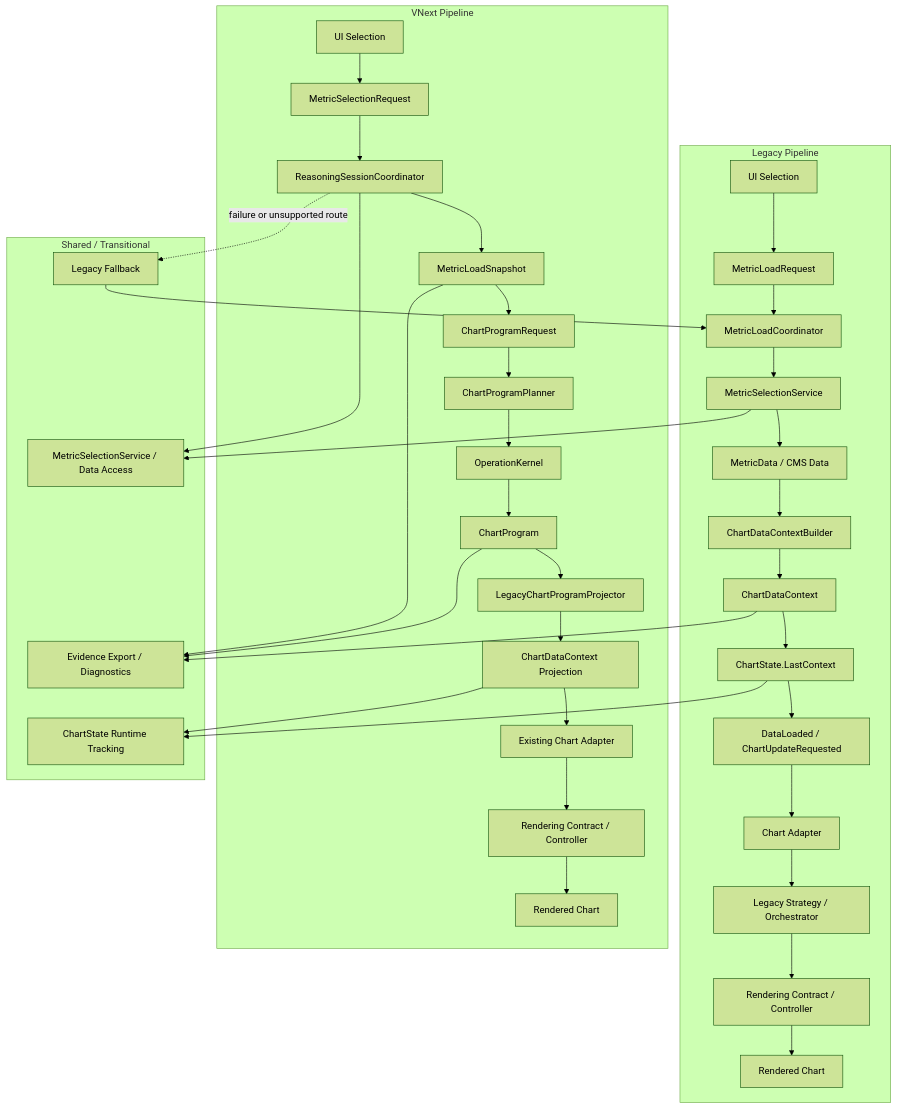
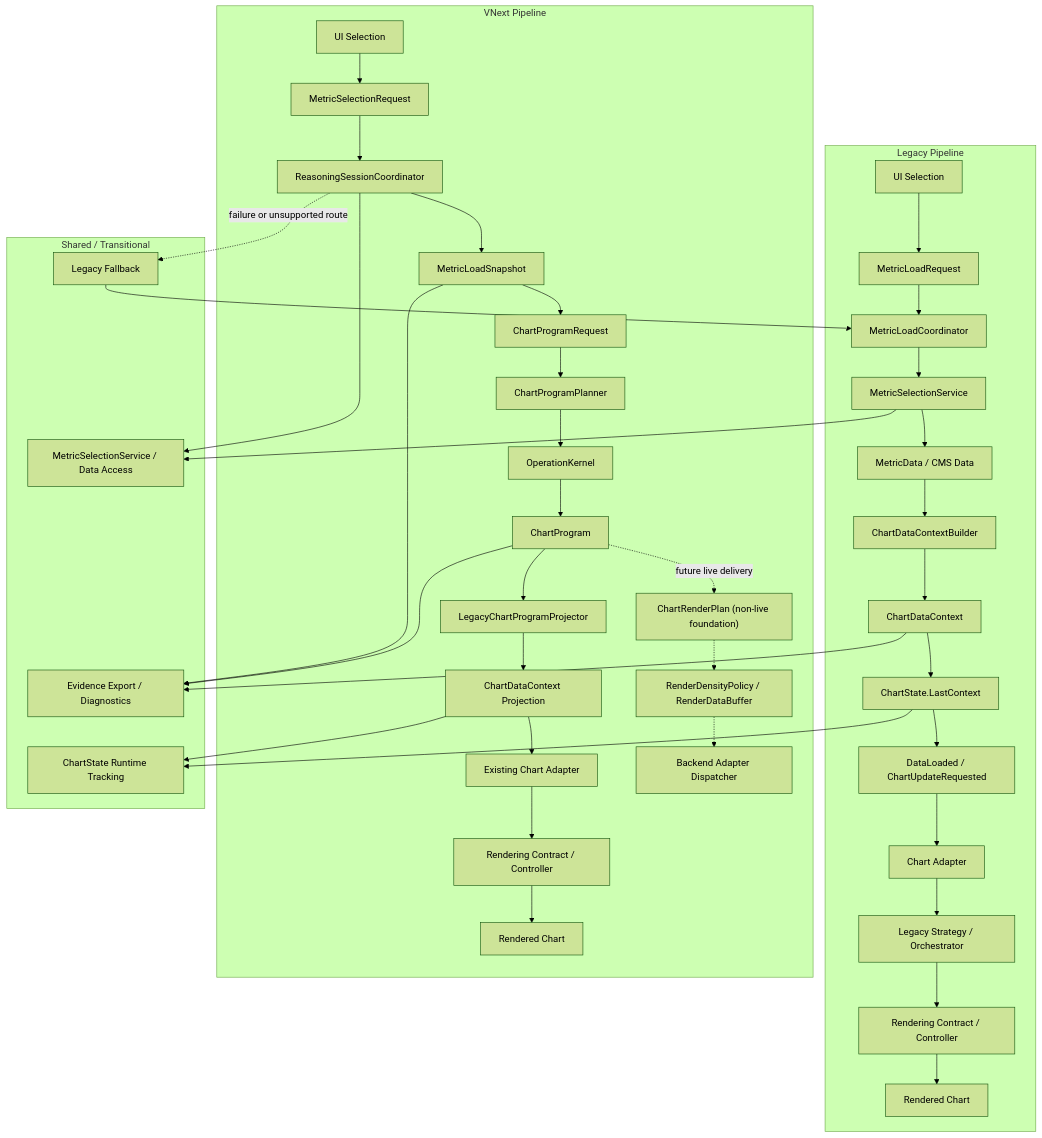
Before and after one commit to krebisz/DataAnalyser: the first of 2 diagrams in documents/SYSTEM_MAP.md, drawn with Mermaid (forest theme). The commit also changed other lines of this file and 5 other files, not shown here.

```diff
--- a/documents/SYSTEM_MAP.md
+++ b/documents/SYSTEM_MAP.md
@@ -577,6 +589,9 @@
         V_PLANNER["ChartProgramPlanner"]
         V_KERNEL["OperationKernel"]
         V_PROGRAM["ChartProgram"]
+        V_PLAN["ChartRenderPlan (non-live foundation)"]
+        V_DENSITY["RenderDensityPolicy / RenderDataBuffer"]
+        V_BACKEND["Backend Adapter Dispatcher"]
         V_PROJECTOR["LegacyChartProgramProjector"]
         V_CONTEXT["ChartDataContext Projection"]
         V_ADAPTER["Existing Chart Adapter"]
@@ -590,6 +605,9 @@
         V_PROGRAM_REQUEST --> V_PLANNER
         V_PLANNER --> V_KERNEL
         V_KERNEL --> V_PROGRAM
+        V_PROGRAM -. "future live delivery" .-> V_PLAN
+        V_PLAN -.-> V_DENSITY
+        V_DENSITY -.-> V_BACKEND
         V_PROGRAM --> V_PROJECTOR
         V_PROJECTOR --> V_CONTEXT
         V_CONTEXT --> V_ADAPTER
```
